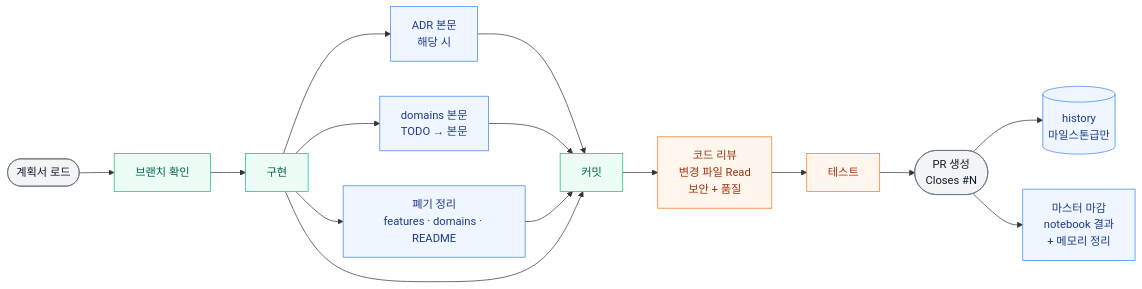
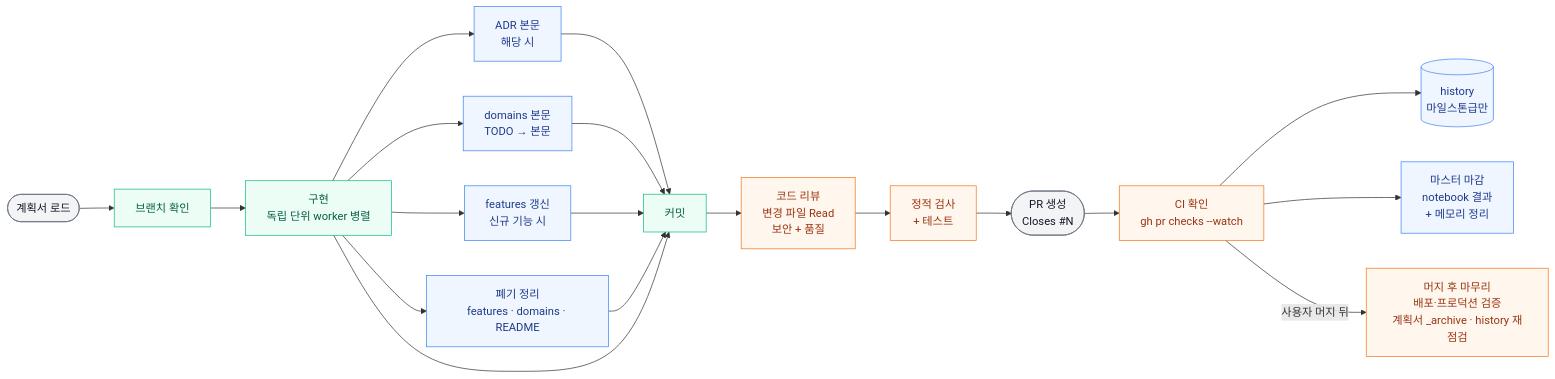
Before and after one commit to hyewon3938/build-with-ai: the third of 4 diagrams in workflow/skills-overview.md, drawn with Mermaid. The commit also changed other lines of this file and 3 other files, not shown here.

````diff
--- a/workflow/skills-overview.md
+++ b/workflow/skills-overview.md
@@ -77,27 +79,31 @@
 ```mermaid
 graph LR
     L([계획서 로드]) --> CK[브랜치 확인]
-    CK --> IMP[구현]
+    CK --> IMP[구현<br/>독립 단위 worker 병렬]
     IMP --> ADRB[ADR 본문<br/>해당 시]
     IMP --> DOMB[domains 본문<br/>TODO → 본문]
+    IMP --> FT[features 갱신<br/>신규 기능 시]
     IMP --> RM[폐기 정리<br/>features · domains · README]
     ADRB --> C[커밋]
     DOMB --> C
+    FT --> C
     RM --> C
     IMP --> C
     C --> R[코드 리뷰<br/>변경 파일 Read<br/>보안 + 품질]
-    R --> T[테스트]
+    R --> T[정적 검사<br/>+ 테스트]
     T --> PR([PR 생성<br/>Closes #N])
-    PR --> HI[(history<br/>마일스톤급만)]
-    PR --> MC[마스터 마감<br/>notebook 결과<br/>+ 메모리 정리]
+    PR --> CI[CI 확인<br/>gh pr checks --watch]
+    CI --> HI[(history<br/>마일스톤급만)]
+    CI --> MC[마스터 마감<br/>notebook 결과<br/>+ 메모리 정리]
+    CI -->|사용자 머지 뒤| MW[머지 후 마무리<br/>배포·프로덕션 검증<br/>계획서 _archive · history 재점검]
 
     classDef io fill:#f3f4f6,stroke:#6b7280,color:#111827
     classDef code fill:#ecfdf5,stroke:#10b981,color:#065f46
     classDef check fill:#fff7ed,stroke:#f97316,color:#9a3412
     classDef doc fill:#eff6ff,stroke:#3b82f6,color:#1e3a8a
 
     class L,PR io
     class IMP,C,CK code
-    class R,T check
-    class ADRB,DOMB,RM,HI,MC doc
+    class R,T,CI,MW check
+    class ADRB,DOMB,RM,FT,HI,MC doc
 ```
````
